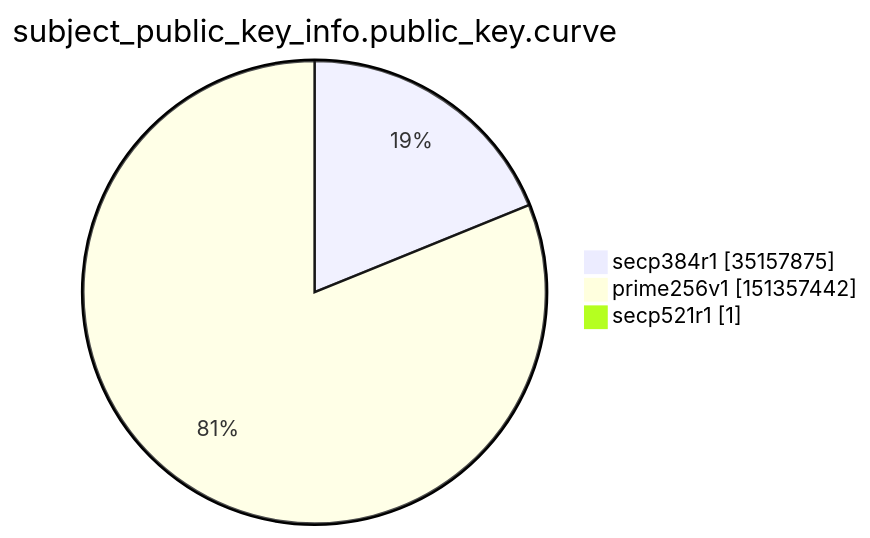
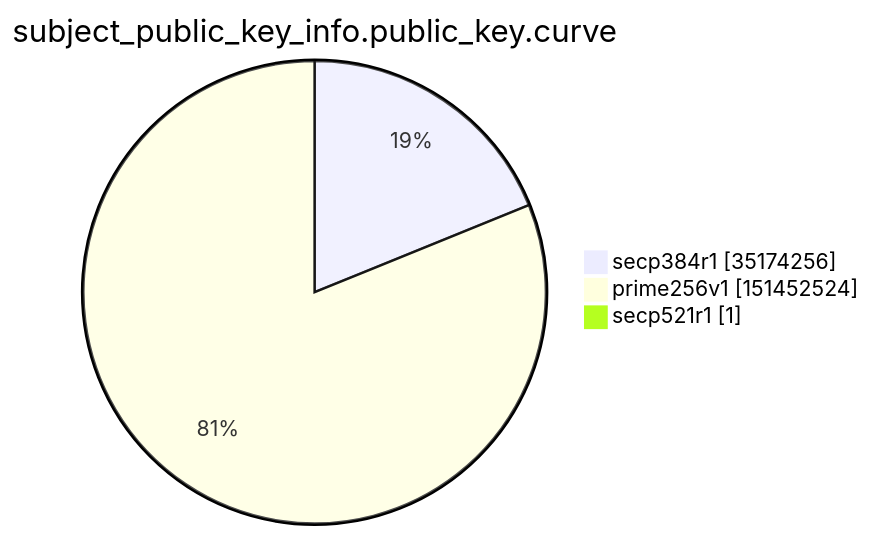
Before and after one commit to christiankrug/ctmonitor_visualization: the ninth of 15 diagrams in argon2022/README.md, drawn with Mermaid. The commit also changed other lines of this file, not shown here.

````diff
--- a/argon2022/README.md
+++ b/argon2022/README.md
@@ -2765,7 +2765,7 @@
 ```mermaid
 pie showData
 title subject_public_key_info.public_key.curve
-"secp384r1" :35157875
-"prime256v1" :151357442
+"secp384r1" :35174256
+"prime256v1" :151452524
 "secp521r1" :1
 ```
````
